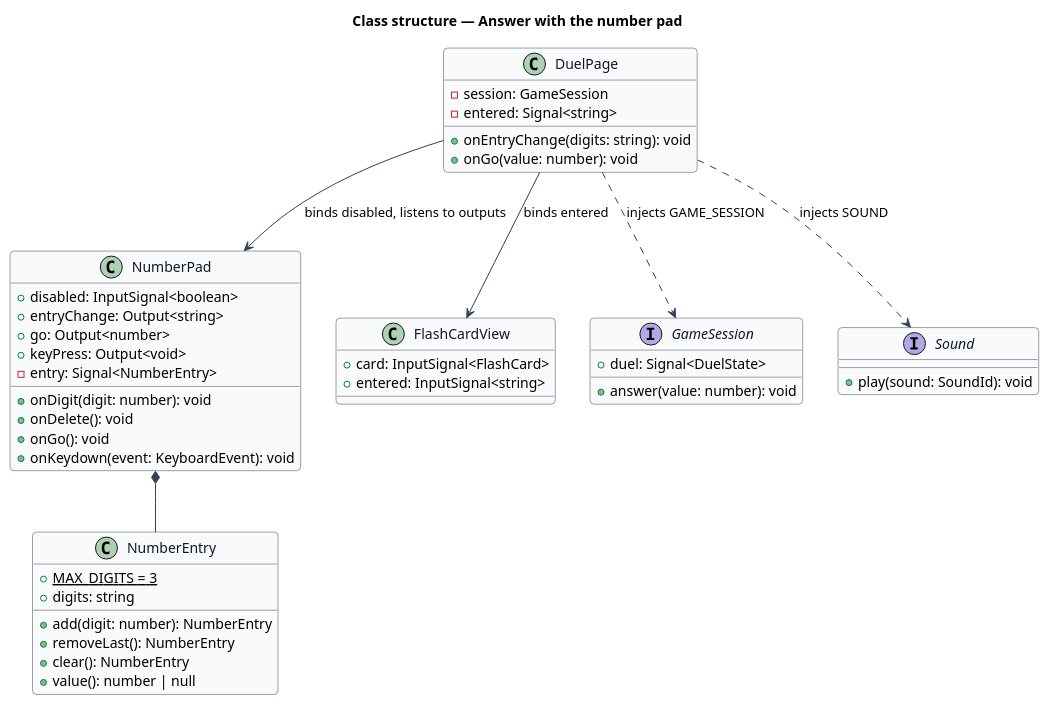
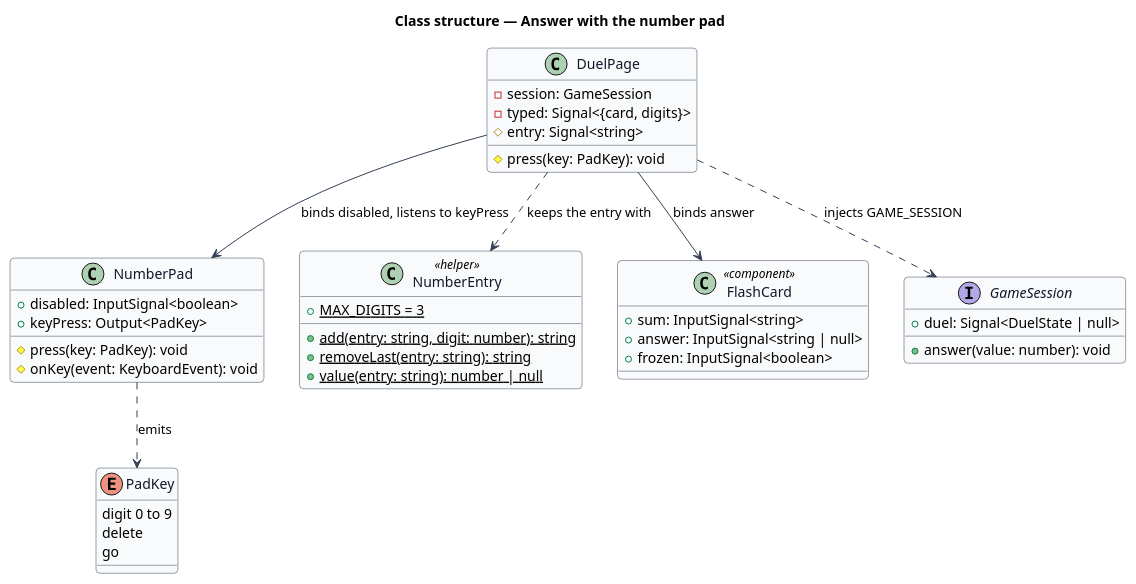
One commit to QuinntyneBrown/around-the-world changed the diagram in docs/detailed-designs/answering/answer-with-number-pad/diagrams/class-structure.puml. Above: the diagram before and after it, drawn with PlantUML. The commit also changed 13 other files, not shown here.

```diff
--- a/docs/detailed-designs/answering/answer-with-number-pad/diagrams/class-structure.puml
+++ b/docs/detailed-designs/answering/answer-with-number-pad/diagrams/class-structure.puml
@@ -1,58 +1,54 @@
 @startuml
 ' --- shared skin header ---
 skinparam backgroundColor #FFFFFF
 skinparam shadowing false
 skinparam roundcorner 8
 skinparam defaultFontName Arial
 skinparam ArrowColor #344054
 skinparam class {
   BorderColor #344054
   FontColor #101828
   BackgroundColor #F9FAFB
 }
 ' --------------------------
 title Class structure — Answer with the number pad
 
 class NumberPad {
   +disabled: InputSignal<boolean>
-  +entryChange: Output<string>
-  +go: Output<number>
-  +keyPress: Output<void>
-  -entry: Signal<NumberEntry>
-  +onDigit(digit: number): void
-  +onDelete(): void
-  +onGo(): void
-  +onKeydown(event: KeyboardEvent): void
+  +keyPress: Output<PadKey>
+  #press(key: PadKey): void
+  #onKey(event: KeyboardEvent): void
 }
-class NumberEntry {
+enum PadKey {
+  digit 0 to 9
+  delete
+  go
+}
+class NumberEntry <<helper>> {
   +{static} MAX_DIGITS = 3
-  +digits: string
-  +add(digit: number): NumberEntry
-  +removeLast(): NumberEntry
-  +clear(): NumberEntry
-  +value(): number | null
+  +{static} add(entry: string, digit: number): string
+  +{static} removeLast(entry: string): string
+  +{static} value(entry: string): number | null
 }
-class FlashCardView {
-  +card: InputSignal<FlashCard>
-  +entered: InputSignal<string>
+class FlashCard <<component>> {
+  +sum: InputSignal<string>
+  +answer: InputSignal<string | null>
+  +frozen: InputSignal<boolean>
 }
 interface GameSession {
-  +duel: Signal<DuelState>
+  +duel: Signal<DuelState | null>
   +answer(value: number): void
-}
-interface Sound {
-  +play(sound: SoundId): void
 }
 class DuelPage {
   -session: GameSession
-  -entered: Signal<string>
-  +onEntryChange(digits: string): void
-  +onGo(value: number): void
+  -typed: Signal<{card, digits}>
+  #entry: Signal<string>
+  #press(key: PadKey): void
 }
 
-NumberPad *-- NumberEntry
-DuelPage --> NumberPad : binds disabled, listens to outputs
-DuelPage --> FlashCardView : binds entered
+NumberPad ..> PadKey : emits
+DuelPage --> NumberPad : binds disabled, listens to keyPress
+DuelPage ..> NumberEntry : keeps the entry with
+DuelPage --> FlashCard : binds answer
 DuelPage ..> GameSession : injects GAME_SESSION
-DuelPage ..> Sound : injects SOUND
 @enduml
```
